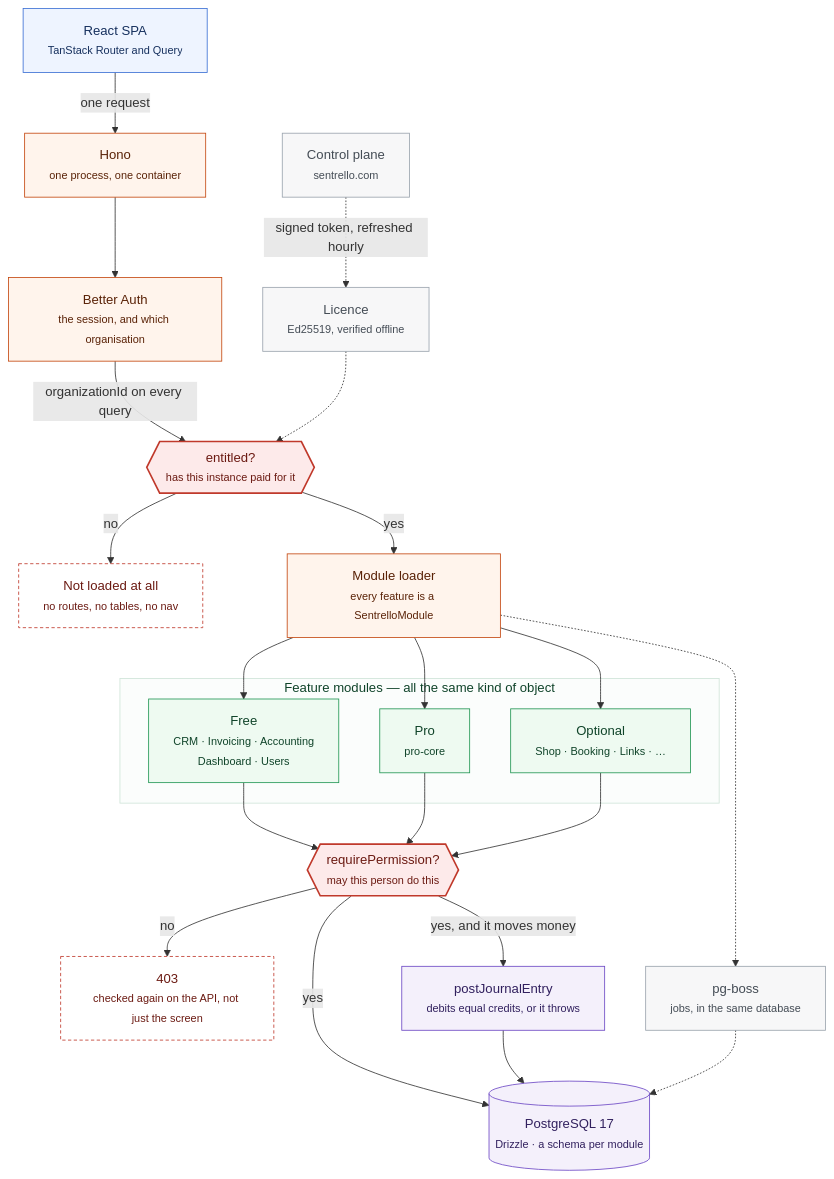
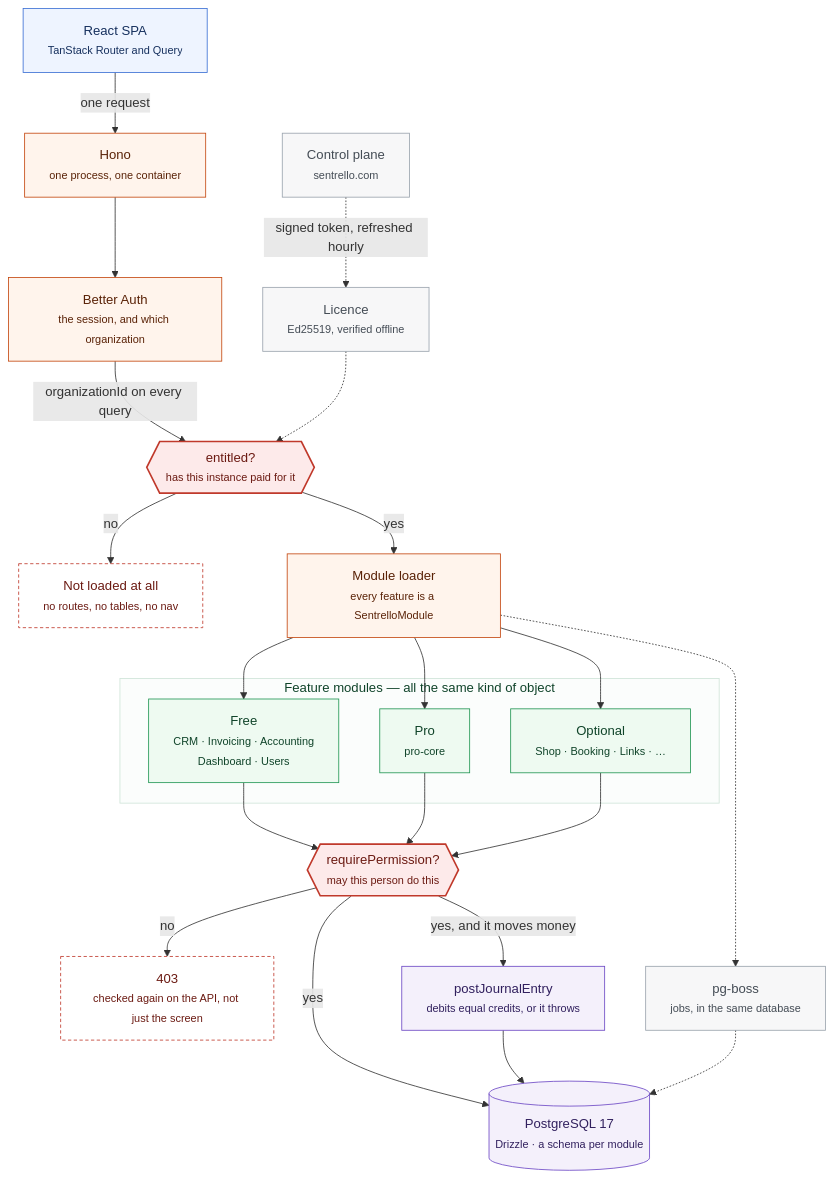
Before and after one commit to Sentrello/Sentrello: the diagram in docs/site/03-platform/06-architecture.md, drawn with Mermaid. The commit also changed other lines of this file and 77 other files, not shown here.

````diff
--- a/docs/site/03-platform/06-architecture.md
+++ b/docs/site/03-platform/06-architecture.md
@@ -16,55 +16,55 @@
 ```mermaid
 flowchart TD
   classDef browser fill:#eef4ff,stroke:#3b6fd4,color:#16305e
   classDef host fill:#fff4ec,stroke:#c4470f,color:#5a2207
   classDef gate fill:#fdeaea,stroke:#c0392b,color:#6b1a12,stroke-width:2px
   classDef no fill:#fff,stroke:#c0392b,color:#6b1a12,stroke-dasharray:4 3
   classDef module fill:#eefaf1,stroke:#219653,color:#10442a
   classDef store fill:#f4f0fb,stroke:#6b47c4,color:#31205e
   classDef aside fill:#f7f7f8,stroke:#9aa3ad,color:#444c55
 
   SPA["React SPA<br/><small>TanStack Router and Query</small>"]:::browser
   API["Hono<br/><small>one process, one container</small>"]:::host
-  AUTH["Better Auth<br/><small>the session, and which organisation</small>"]:::host
+  AUTH["Better Auth<br/><small>the session, and which organization</small>"]:::host
   ENT{{"entitled?<br/><small>has this instance paid for it</small>"}}:::gate
   NOENT["Not loaded at all<br/><small>no routes, no tables, no nav</small>"]:::no
   LOADER["Module loader<br/><small>every feature is a SentrelloModule</small>"]:::host
 
   subgraph MODULES[" Feature modules — all the same kind of object "]
     FREE["Free<br/><small>CRM · Invoicing · Accounting<br/>Dashboard · Users</small>"]:::module
     PRO["Pro<br/><small>pro-core</small>"]:::module
     OPT["Optional<br/><small>Shop · Booking · Links · …</small>"]:::module
   end
 
   PERM{{"requirePermission?<br/><small>may this person do this</small>"}}:::gate
   NOPERM["403<br/><small>checked again on the API, not just the screen</small>"]:::no
   LEDGER["postJournalEntry<br/><small>debits equal credits, or it throws</small>"]:::store
   DB[("PostgreSQL 17<br/><small>Drizzle · a schema per module</small>")]:::store
 
   CP["Control plane<br/><small>sentrello.com</small>"]:::aside
   LIC["Licence<br/><small>Ed25519, verified offline</small>"]:::aside
   JOBS["pg-boss<br/><small>jobs, in the same database</small>"]:::aside
 
   SPA -->|"one request"| API
   API --> AUTH
   AUTH -->|"organizationId on every query"| ENT
   ENT -->|"no"| NOENT
   ENT -->|"yes"| LOADER
   LOADER --> FREE
   LOADER --> PRO
   LOADER --> OPT
   FREE --> PERM
   PRO --> PERM
   OPT --> PERM
   PERM -->|"no"| NOPERM
   PERM -->|"yes, and it moves money"| LEDGER
   PERM -->|"yes"| DB
   LEDGER --> DB
 
   CP -.->|"signed token, refreshed hourly"| LIC
   LIC -.-> ENT
   LOADER -.-> JOBS
   JOBS -.-> DB
 
   style MODULES fill:#fbfdfc,stroke:#cfe4d8,color:#10442a
 ```
````
